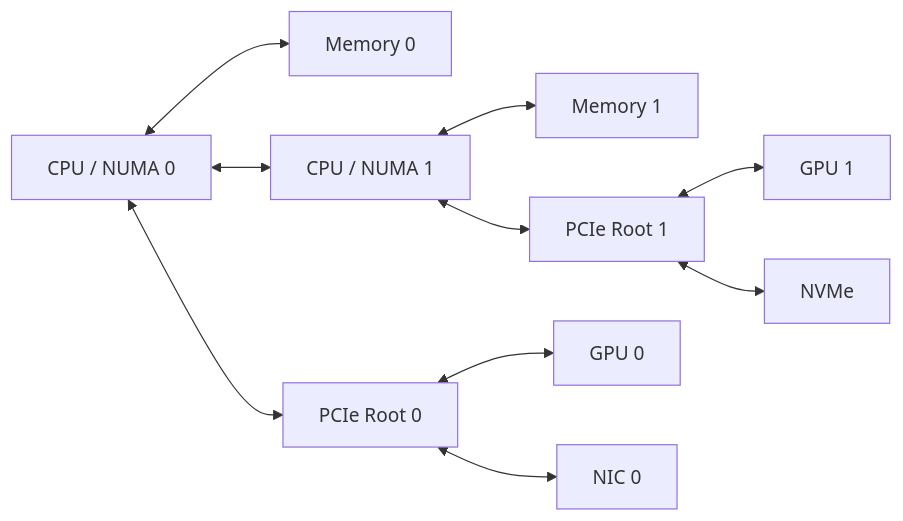
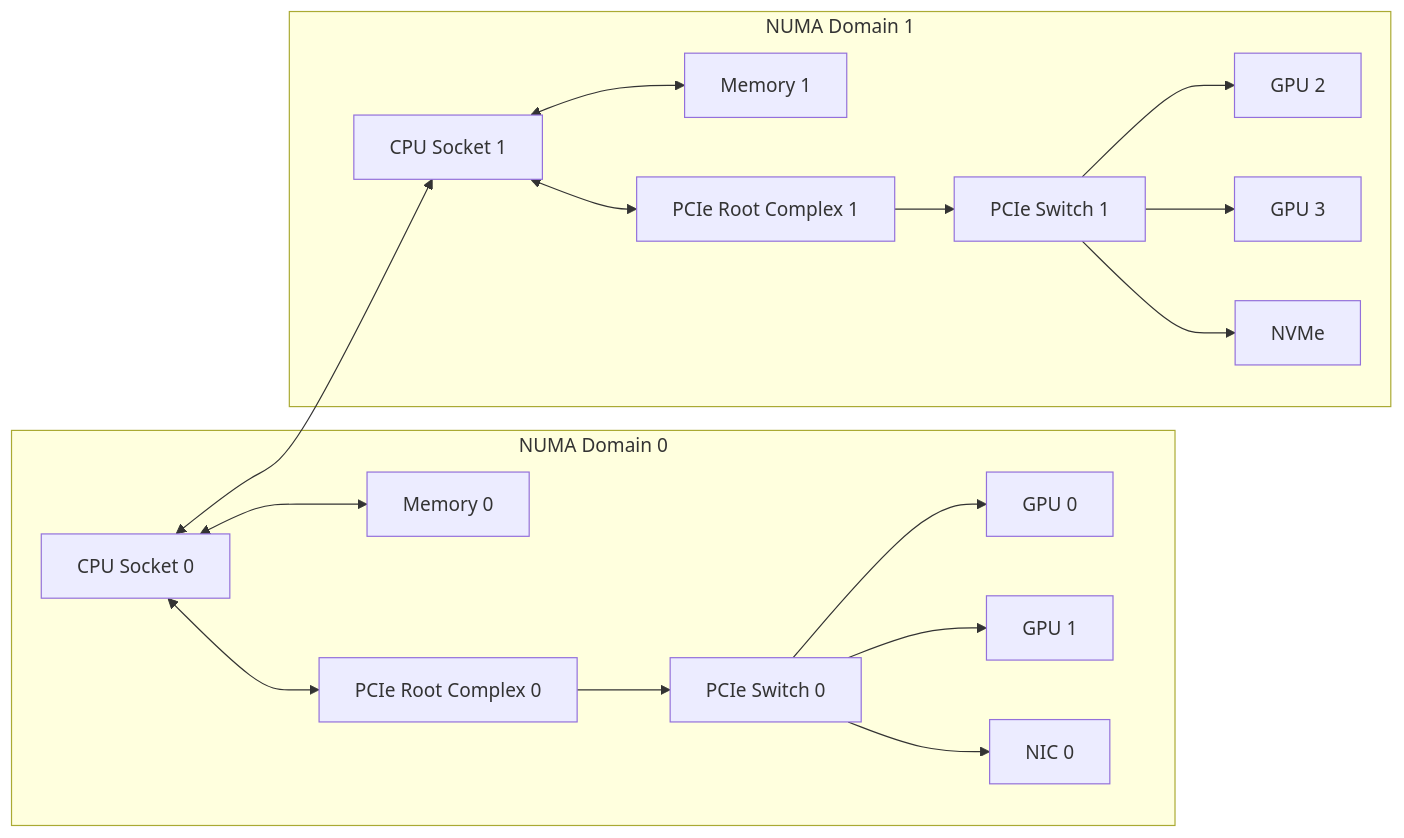
Before and after one commit to jithinpnjm/nvidia-devops: the first of 4 diagrams in docs/nvidia-zero-to-hero/volume-07/chapter-02-pcie-numa-and-host-data-paths.md, drawn with Mermaid. The commit also changed other lines of this file, not shown here.

````diff
--- a/docs/nvidia-zero-to-hero/volume-07/chapter-02-pcie-numa-and-host-data-paths.md
+++ b/docs/nvidia-zero-to-hero/volume-07/chapter-02-pcie-numa-and-host-data-paths.md
@@ -18,12 +60,34 @@
 ```mermaid
 flowchart LR
-    CPU0[CPU / NUMA 0] <--> MEM0[Memory 0]
-    CPU1[CPU / NUMA 1] <--> MEM1[Memory 1]
-    CPU0 <--> RC0[PCIe Root 0]
-    CPU1 <--> RC1[PCIe Root 1]
-    RC0 <--> GPU0[GPU 0]
-    RC0 <--> NIC0[NIC 0]
-    RC1 <--> GPU1[GPU 1]
-    RC1 <--> NVME[NVMe]
-    CPU0 <--> CPU1
+    subgraph N0[NUMA Domain 0]
+        C0[CPU Socket 0]
+        M0[Memory 0]
+        R0[PCIe Root Complex 0]
+        S0[PCIe Switch 0]
+        G0[GPU 0]
+        G1[GPU 1]
+        NICA[NIC 0]
+    end
+
+    subgraph N1[NUMA Domain 1]
+        C1[CPU Socket 1]
+        M1[Memory 1]
+        R1[PCIe Root Complex 1]
+        S1[PCIe Switch 1]
+        G2[GPU 2]
+        G3[GPU 3]
+        NVME[NVMe]
+    end
+
+    C0 <--> M0
+    C1 <--> M1
+    C0 <--> R0 --> S0
+    C1 <--> R1 --> S1
+    S0 --> G0
+    S0 --> G1
+    S0 --> NICA
+    S1 --> G2
+    S1 --> G3
+    S1 --> NVME
+    C0 <--> C1
 ```
````
